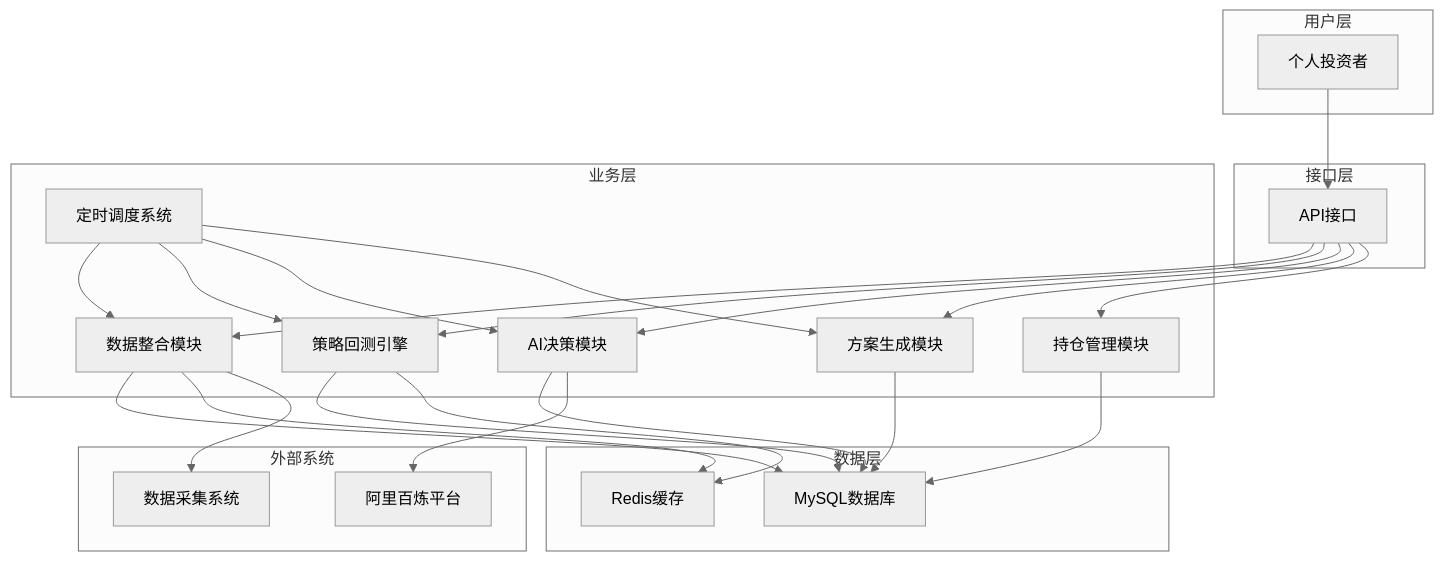
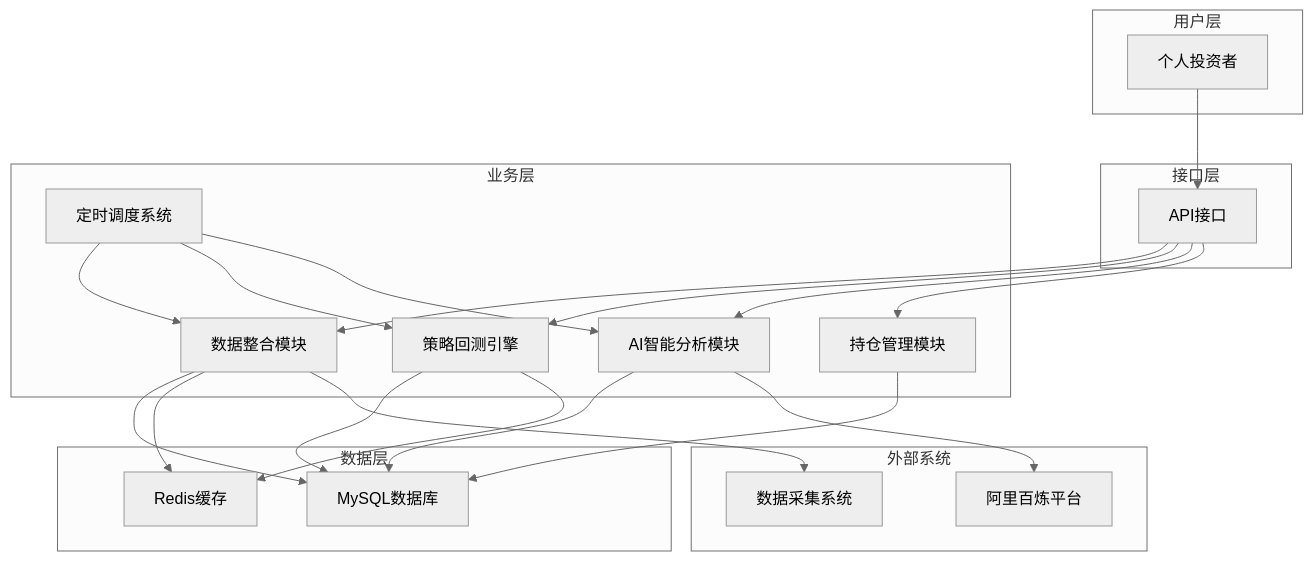
Before and after one commit to Casper-Mars/trading: the first of 7 diagrams in .trae/documents/quantitative_system_prd.md, drawn with Mermaid (neutral theme). The commit also changed other lines of this file, not shown here.

````diff
--- a/.trae/documents/quantitative_system_prd.md
+++ b/.trae/documents/quantitative_system_prd.md
@@ -362,54 +359,50 @@
 ```mermaid
 graph TB
     subgraph "用户层"
         A[个人投资者]
     end
     
     subgraph "接口层"
         B[API接口]
     end
     
     subgraph "业务层"
         C[数据整合模块]
         D[策略回测引擎]
-        E[AI决策模块]
-        F[方案生成模块]
+        E[AI智能分析模块]
         G[定时调度系统]
         H[持仓管理模块]
     end
     
     subgraph "数据层"
         I[MySQL数据库]
         J[Redis缓存]
     end
     
     subgraph "外部系统"
         K[数据采集系统]
         L[阿里百炼平台]
     end
     
     A --> B
     
     B --> C
     B --> D
     B --> E
-    B --> F
     B --> H
     
     G --> C
     G --> D
     G --> E
-    G --> F
     
     C --> I
     D --> I
     E --> I
-    F --> I
     H --> I
     
     C --> J
     D --> J
     
     C --> K
     E --> L
 ```
````
